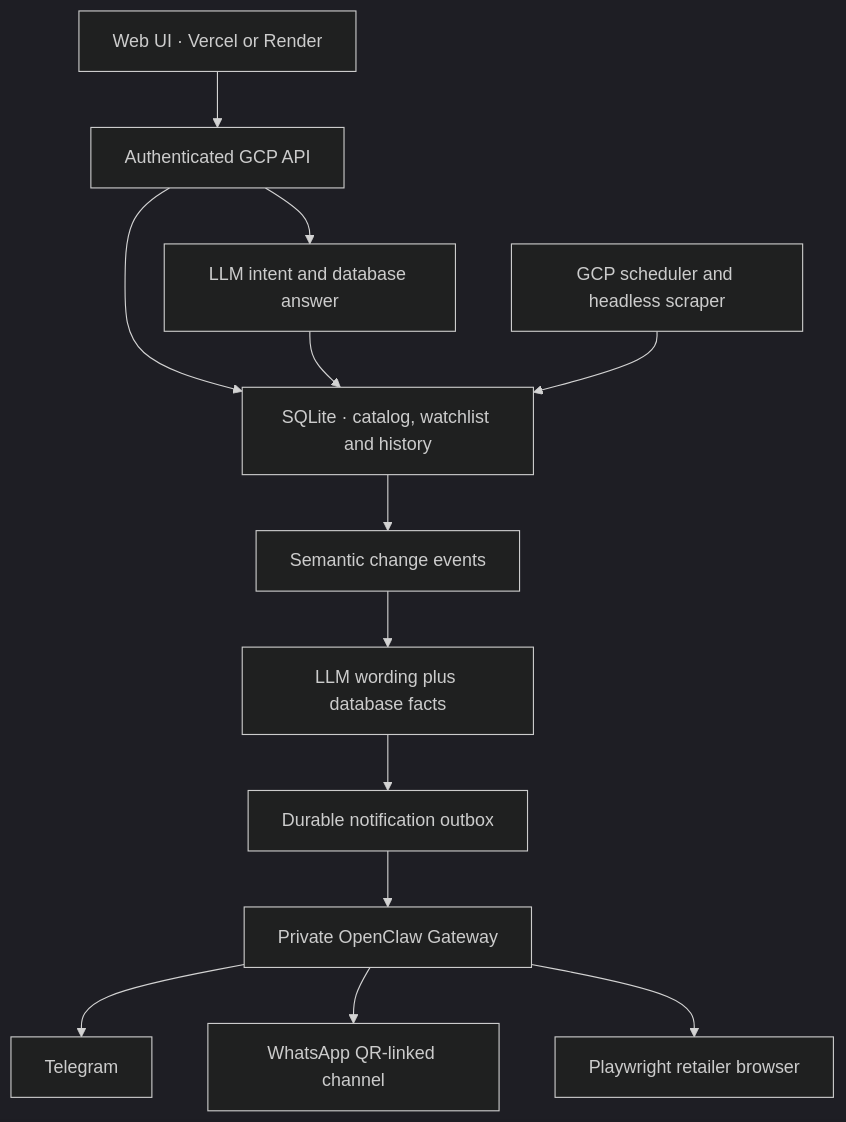
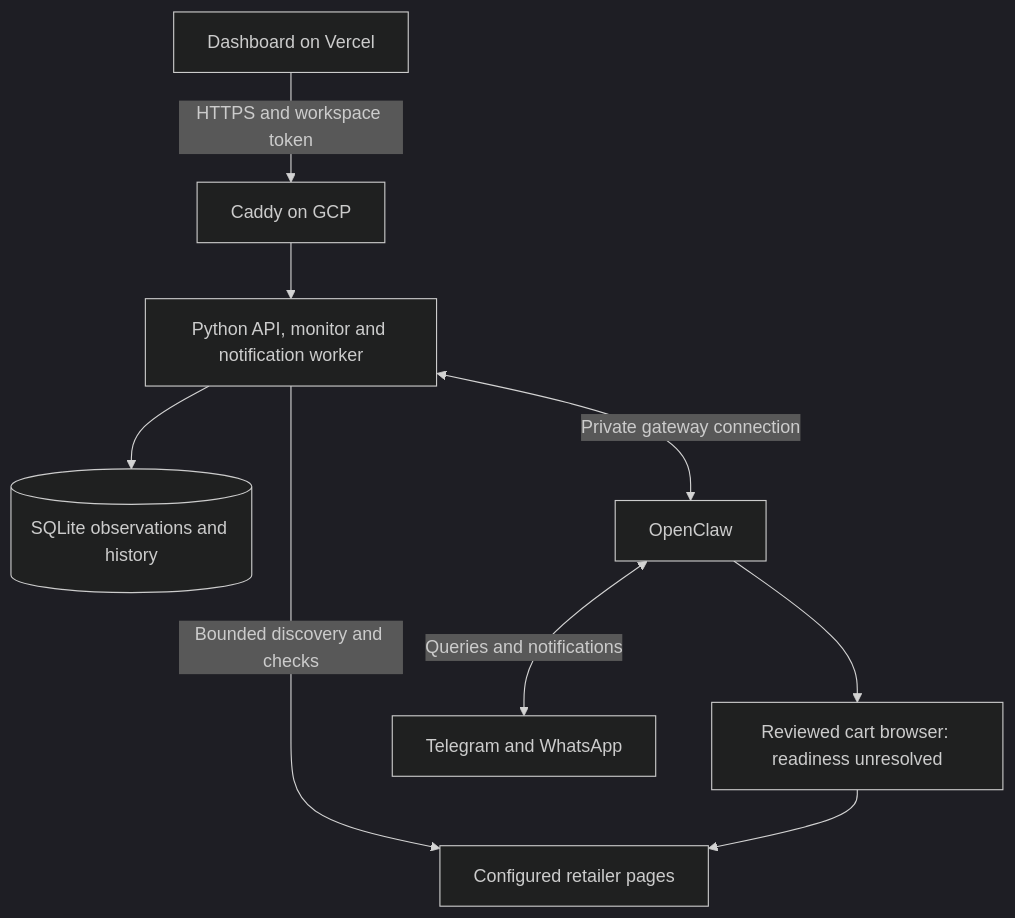
The diagram in README.md (VIKSIT-GARG/rotorwatch), drawn with Mermaid (dark theme) before and after one commit. The commit also changed other lines of this file, not shown here.

Commit message:
docs: explain RotorWatch capabilities, architecture and deployment

````diff
--- a/README.md
+++ b/README.md
@@ -48,15 +65,11 @@
 ```mermaid
 flowchart TD
-    UI["Web UI · Vercel or Render"] --> API["Authenticated GCP API"]
-    API --> DB["SQLite · catalog, watchlist and history"]
-    API --> CHAT["LLM intent and database answer"]
-    CHAT --> DB
-    SCRAPE["GCP scheduler and headless scraper"] --> DB
-    DB --> EVENTS["Semantic change events"]
-    EVENTS --> SUMMARY["LLM wording plus database facts"]
-    SUMMARY --> OUT["Durable notification outbox"]
-    OUT --> OC["Private OpenClaw Gateway"]
-    OC --> TG["Telegram"]
-    OC --> WA["WhatsApp QR-linked channel"]
-    OC --> BROWSER["Playwright retailer browser"]
+    UI["Dashboard on Vercel"] -->|"HTTPS and workspace token"| TLS["Caddy on GCP"]
+    TLS --> APP["Python API, monitor and notification worker"]
+    APP --> DB[("SQLite observations and history")]
+    APP -->|"Bounded discovery and checks"| R["Configured retailer pages"]
+    APP <-->|"Private gateway connection"| OC["OpenClaw"]
+    OC <-->|"Queries and notifications"| MSG["Telegram and WhatsApp"]
+    OC --> B["Reviewed cart browser: readiness unresolved"]
+    B --> R
 ```
````
